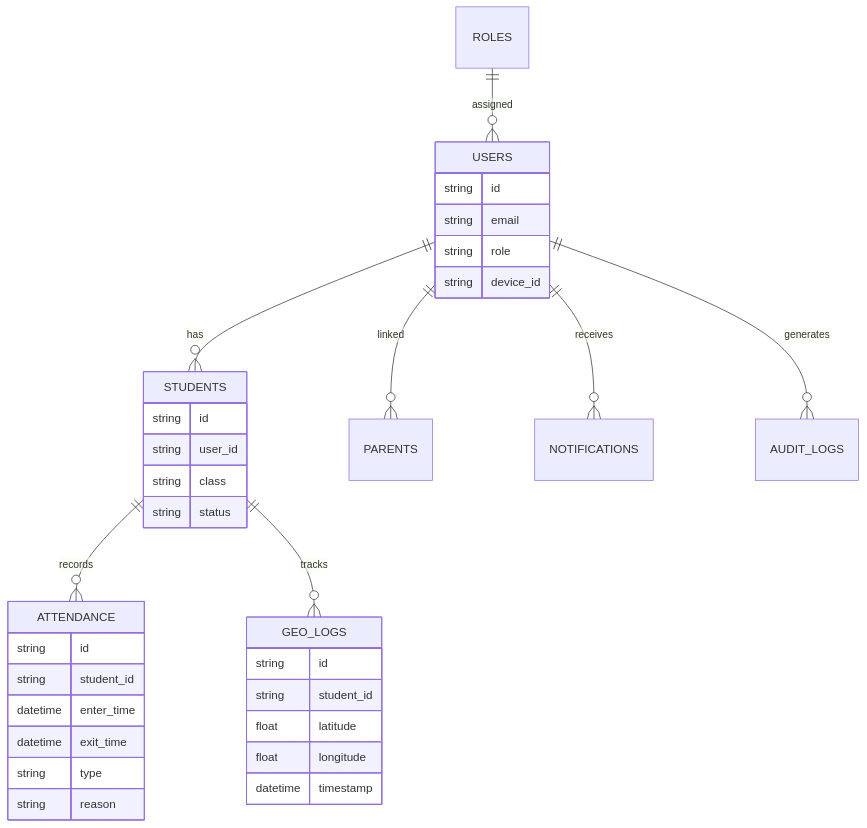
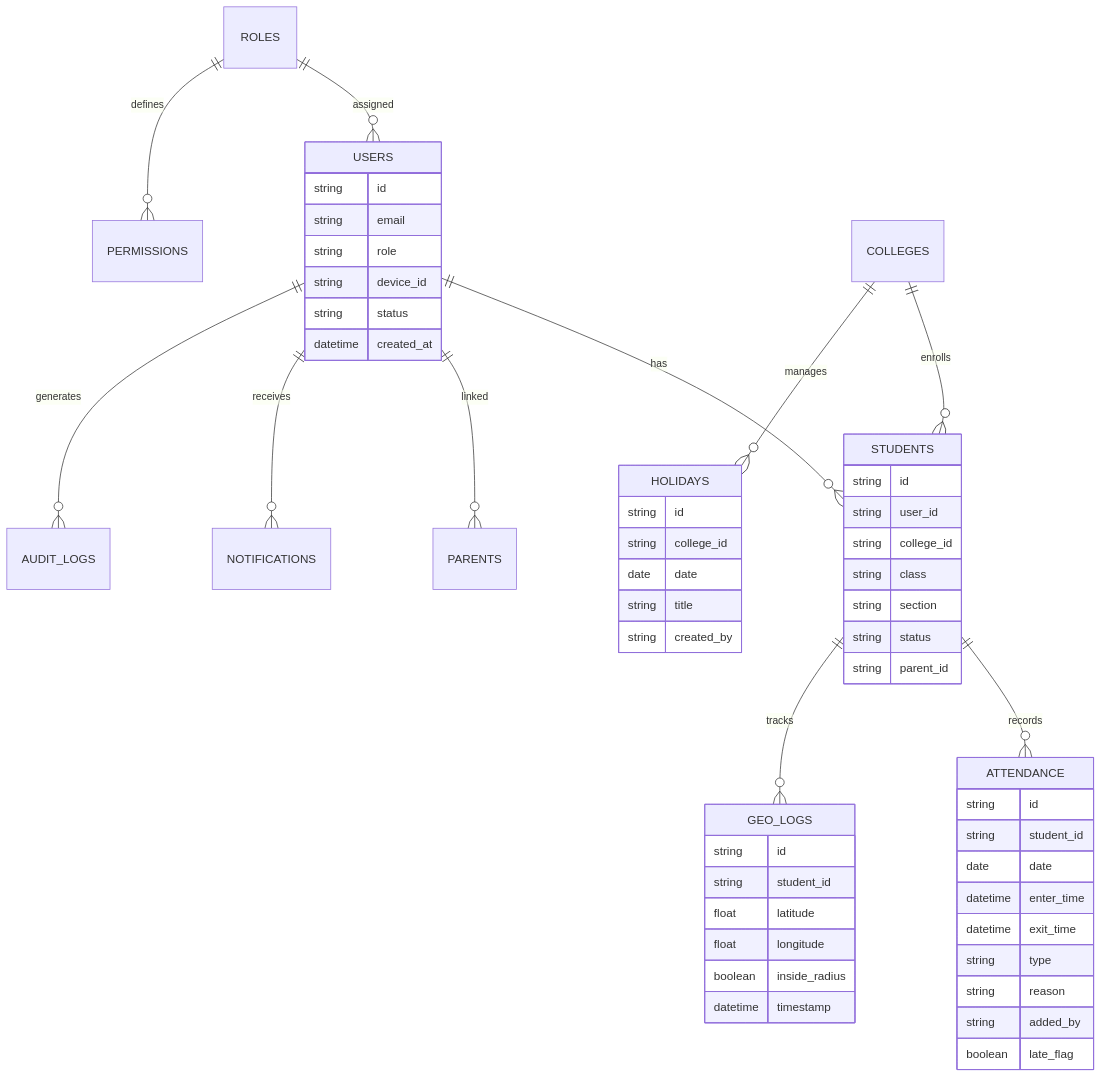
Before and after one commit to jitenderdeveloper/concept: the third of 5 diagrams in README.md, drawn with Mermaid. The commit also changed other lines of this file and 1 other file, not shown here.

````diff
--- a/README.md
+++ b/README.md
@@ -133,41 +405,61 @@
 ```mermaid
 erDiagram
-USERS ||--o{ STUDENTS : has
-USERS ||--o{ PARENTS : linked
-STUDENTS ||--o{ ATTENDANCE : records
-STUDENTS ||--o{ GEO_LOGS : tracks
-USERS ||--o{ NOTIFICATIONS : receives
-USERS ||--o{ AUDIT_LOGS : generates
-ROLES ||--o{ USERS : assigned
+    USERS ||--o{ STUDENTS : has
+    USERS ||--o{ PARENTS : linked
+    STUDENTS ||--o{ ATTENDANCE : records
+    STUDENTS ||--o{ GEO_LOGS : tracks
+    USERS ||--o{ NOTIFICATIONS : receives
+    USERS ||--o{ AUDIT_LOGS : generates
+    ROLES ||--o{ USERS : assigned
+    ROLES ||--o{ PERMISSIONS : defines
+    COLLEGES ||--o{ STUDENTS : enrolls
+    COLLEGES ||--o{ HOLIDAYS : manages
 
-USERS {
-string id
-string email
-string role
-string device_id
-}
+    USERS {
+        string id
+        string email
+        string role
+        string device_id
+        string status
+        datetime created_at
+    }
 
-STUDENTS {
-string id
-string user_id
-string class
-string status
-}
+    STUDENTS {
+        string id
+        string user_id
+        string college_id
+        string class
+        string section
+        string status
+        string parent_id
+    }
 
-ATTENDANCE {
-string id
-string student_id
-datetime enter_time
-datetime exit_time
-string type
-string reason
-}
+    ATTENDANCE {
+        string id
+        string student_id
+        date date
+        datetime enter_time
+        datetime exit_time
+        string type
+        string reason
+        string added_by
+        boolean late_flag
+    }
 
-GEO_LOGS {
-string id
-string student_id
-float latitude
-float longitude
-datetime timestamp
-}
+    GEO_LOGS {
+        string id
+        string student_id
+        float latitude
+        float longitude
+        boolean inside_radius
+        datetime timestamp
+    }
+
+    HOLIDAYS {
+        string id
+        string college_id
+        date date
+        string title
+        string created_by
+    }
 ```
````
